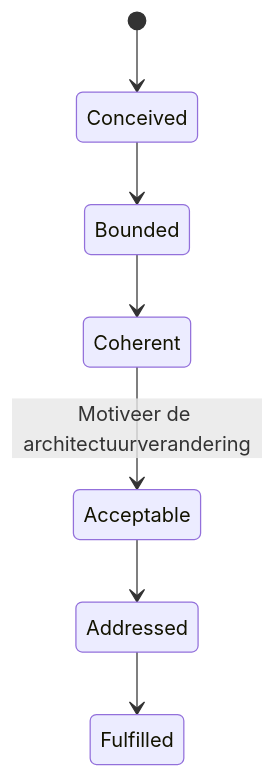
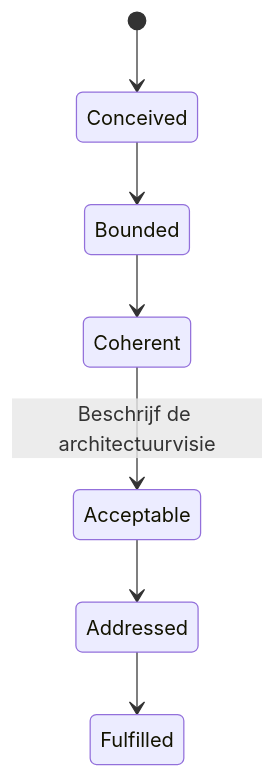
Before and after one commit to hietkamp/hietkamp.github.io: the diagram in essence/method/diagrams/requirements.mmd, drawn with Mermaid. The commit also changed 15 other files, not shown here.

```diff
--- a/essence/method/diagrams/requirements.mmd
+++ b/essence/method/diagrams/requirements.mmd
@@ -1,19 +1,19 @@
 %% State diagram: Requirements (essence-kernel#Requirements)
 %% Kernel-alpha; alleen de states die in deze werkwijze daadwerkelijk gebruikt worden
 %% (als entry- of completion-criterion) zijn gekoppeld aan een activiteit.
 %% Bounded wordt in meerdere activiteiten als entry-eis gebruikt, maar door geen van
 %% de activiteiten in deze werkwijze als completion-resultaat opgeleverd.
 stateDiagram-v2
     Conceived: Conceived
     Bounded: Bounded
     Coherent: Coherent
     Acceptable: Acceptable
     Addressed: Addressed
     Fulfilled: Fulfilled
 
     [*] --> Conceived
     Conceived --> Bounded
     Bounded --> Coherent
-    Coherent --> Acceptable : Motiveer de architectuurverandering
+    Coherent --> Acceptable : Beschrijf de architectuurvisie
     Acceptable --> Addressed
     Addressed --> Fulfilled
```
